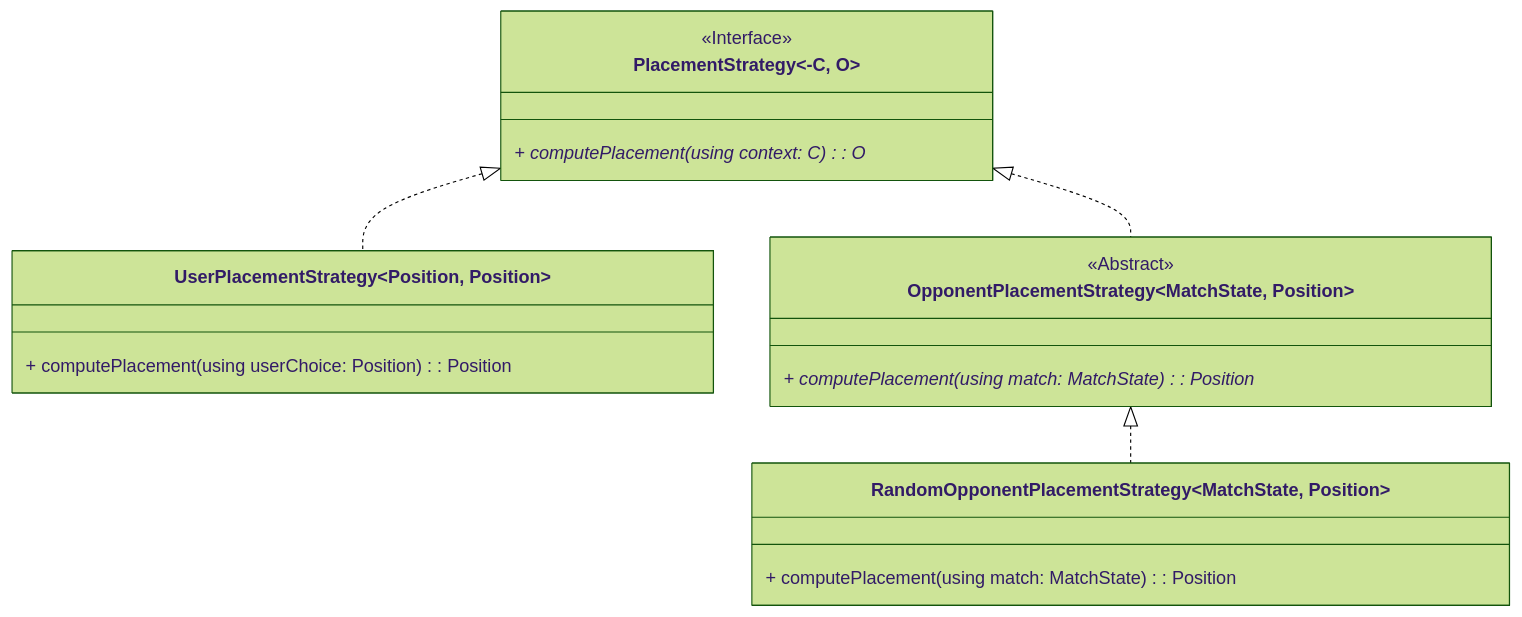
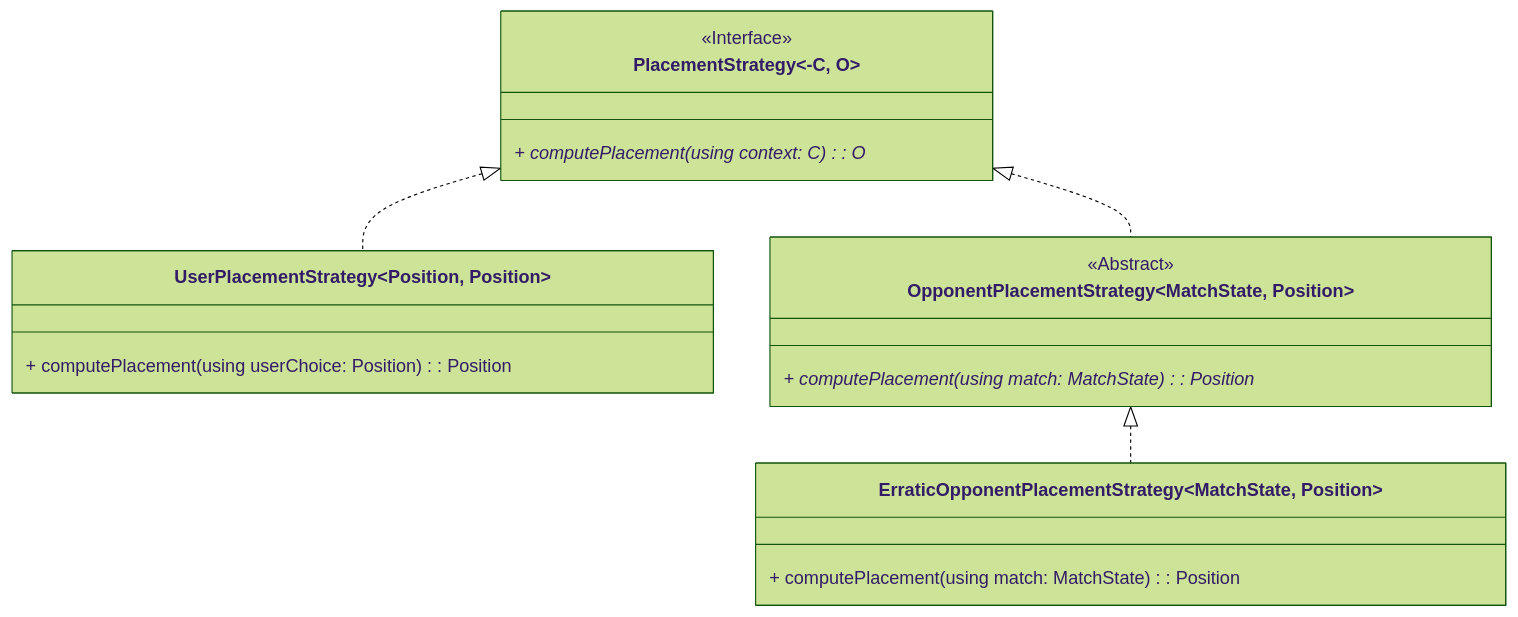
The third of 11 diagrams in docs/report/5-detailed-design.md (Borgotto/PPS-25-scalatello), drawn with Mermaid (forest theme) before and after one commit. The commit also changed other lines of this file and 12 other files, not shown here.

Commit message:
change name of "random" opponent to "erratic"

````diff
--- a/docs/report/5-detailed-design.md
+++ b/docs/report/5-detailed-design.md
@@ -77,19 +77,19 @@
 ```mermaid
 classDiagram
     class PlacementStrategy~-C, O~ <<Interface>> {
         + computePlacement(using context: C)*: O
     }
     class UserPlacementStrategy~Position, Position~ {
         + computePlacement(using userChoice: Position): Position
     }
     class OpponentPlacementStrategy ~MatchState, Position~ <<Abstract>> {
         + computePlacement(using match: MatchState)*: Position
     }
-    class RandomOpponentPlacementStrategy~MatchState, Position~ {
+    class ErraticOpponentPlacementStrategy~MatchState, Position~ {
         + computePlacement(using match: MatchState): Position
     }
 
     PlacementStrategy <|.. UserPlacementStrategy
     PlacementStrategy <|.. OpponentPlacementStrategy
-    OpponentPlacementStrategy <|.. RandomOpponentPlacementStrategy
+    OpponentPlacementStrategy <|.. ErraticOpponentPlacementStrategy
 ```
````
